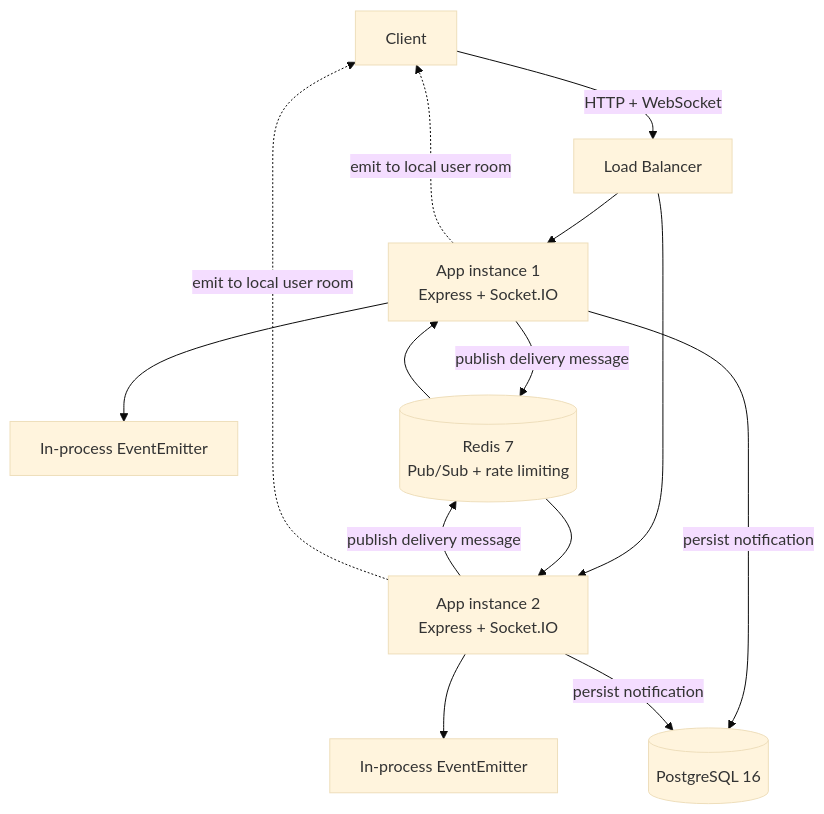
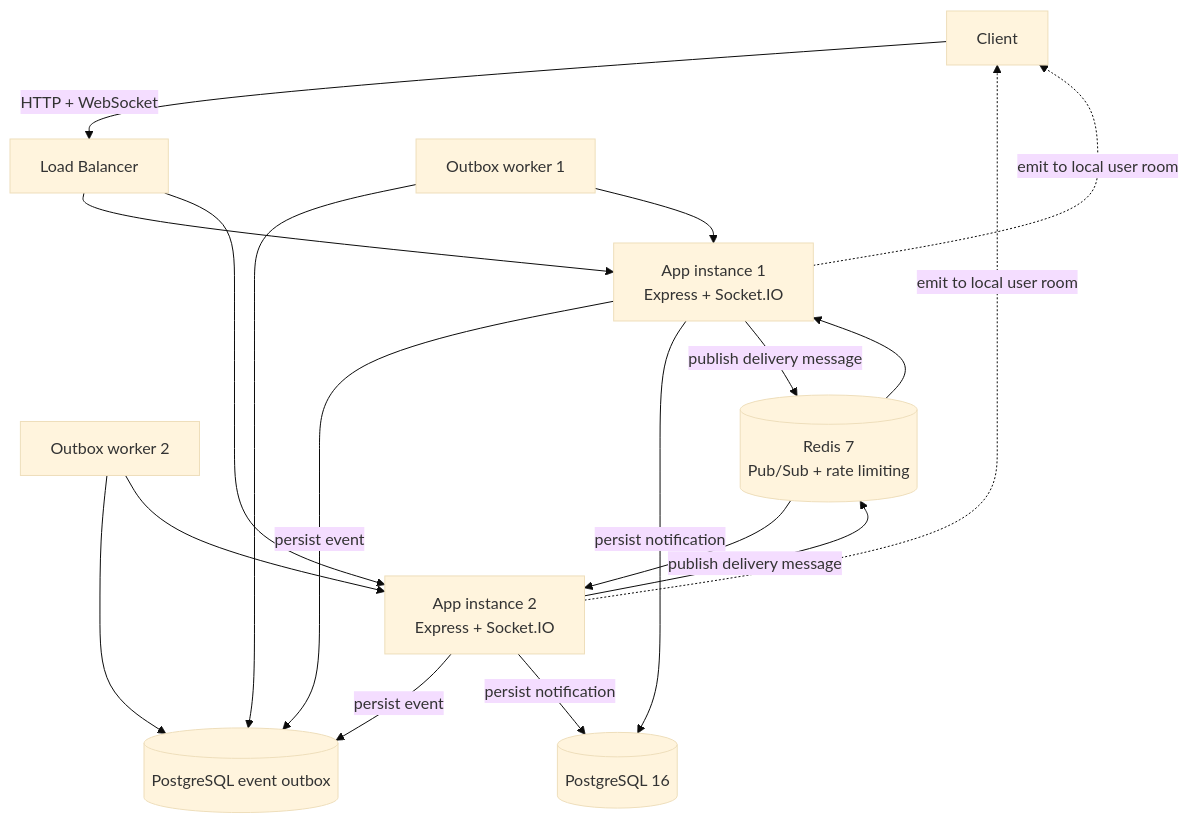
One commit to devanshjaincampaign-tech/pulse-notification-engine changed the first of 2 diagrams in README.md. Above: the diagram before and after it, drawn with Mermaid (base theme). The commit also changed other lines of this file and 20 other files, not shown here.

````diff
--- a/README.md
+++ b/README.md
@@ -54,25 +54,30 @@
 ```mermaid
 graph TB
     Client[Client]
     LB[Load Balancer]
     App1[App instance 1<br/>Express + Socket.IO]
     App2[App instance 2<br/>Express + Socket.IO]
-    Bus1[In-process EventEmitter]
-    Bus2[In-process EventEmitter]
+    Outbox[(PostgreSQL event outbox)]
+    Worker1[Outbox worker 1]
+    Worker2[Outbox worker 2]
     PG[(PostgreSQL 16)]
     Redis[(Redis 7<br/>Pub/Sub + rate limiting)]
 
     Client -->|HTTP + WebSocket| LB
     LB --> App1
     LB --> App2
-    App1 --> Bus1
-    App2 --> Bus2
+    App1 -->|persist event| Outbox
+    App2 -->|persist event| Outbox
+    Worker1 --> Outbox
+    Worker2 --> Outbox
+    Worker1 --> App1
+    Worker2 --> App2
     App1 -->|persist notification| PG
     App2 -->|persist notification| PG
     App1 -->|publish delivery message| Redis
     App2 -->|publish delivery message| Redis
     Redis --> App1
     Redis --> App2
     App1 -.->|emit to local user room| Client
     App2 -.->|emit to local user room| Client
 ```
````
